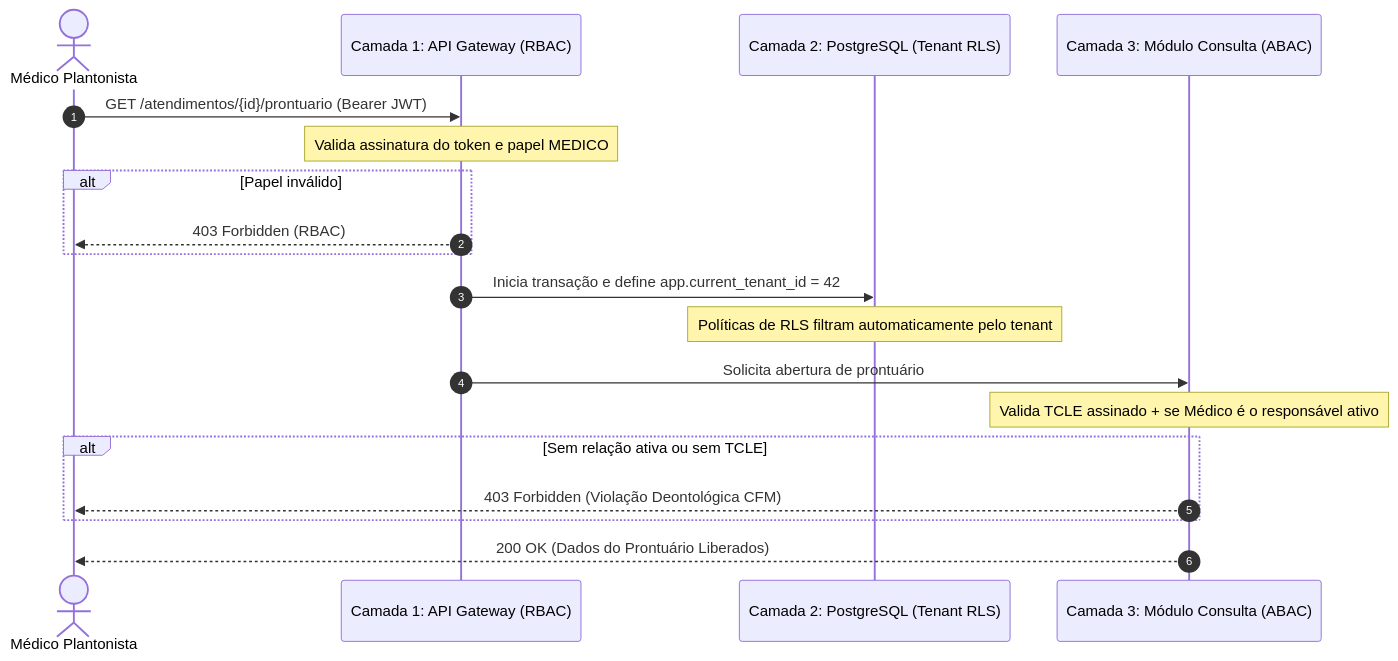
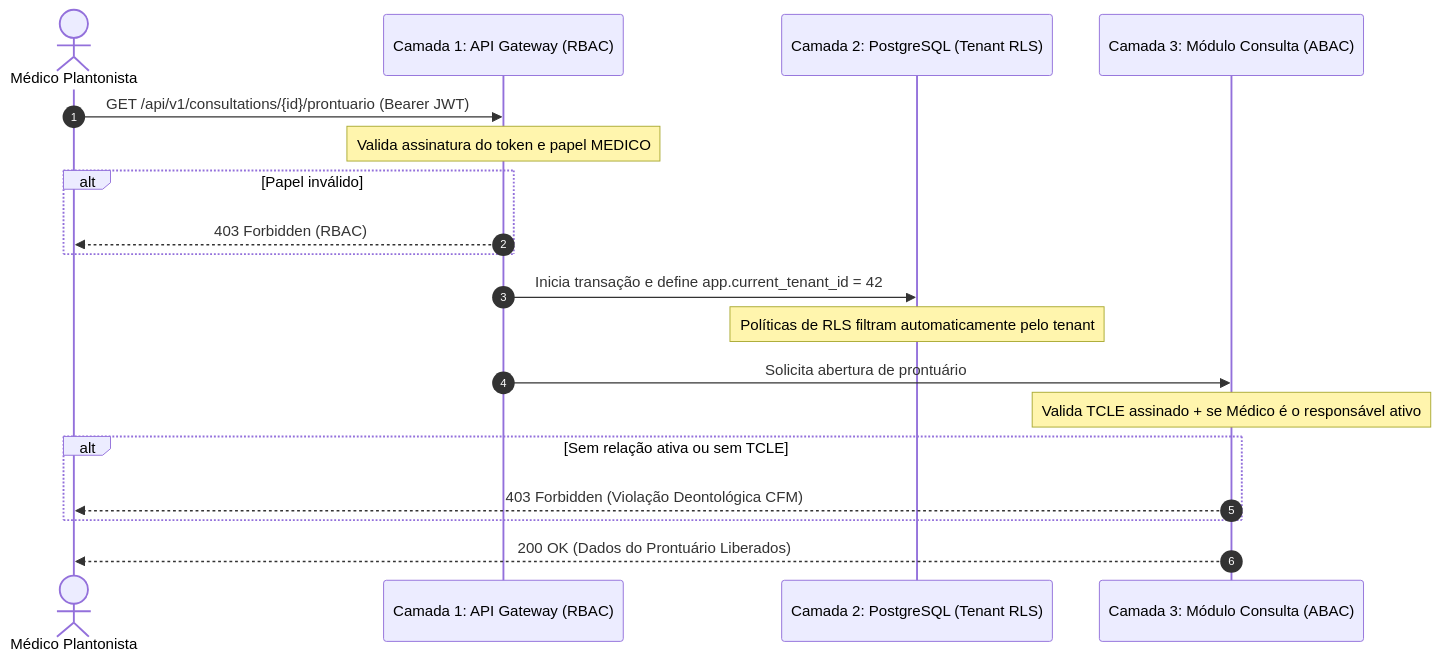
Before and after one commit to Rafaelp122/medisync: the second of 2 diagrams in docs/03-architecture/security-and-authorization.md, drawn with Mermaid. The commit also changed 115 other files, not shown here.

````diff
--- a/docs/03-architecture/security-and-authorization.md
+++ b/docs/03-architecture/security-and-authorization.md
@@ -70,25 +70,25 @@
 ```mermaid
 sequenceDiagram
     autonumber
     actor Med as Médico Plantonista
     participant API as Camada 1: API Gateway (RBAC)
     participant DB as Camada 2: PostgreSQL (Tenant RLS)
     participant Mod as Camada 3: Módulo Consulta (ABAC)
 
-    Med->>API: GET /atendimentos/{id}/prontuario (Bearer JWT)
+    Med->>API: GET /api/v1/consultations/{id}/prontuario (Bearer JWT)
     Note over API: Valida assinatura do token e papel MEDICO
     alt Papel inválido
         API-->>Med: 403 Forbidden (RBAC)
     end
 
     API->>DB: Inicia transação e define app.current_tenant_id = 42
     Note over DB: Políticas de RLS filtram automaticamente pelo tenant
 
     API->>Mod: Solicita abertura de prontuário
     Note over Mod: Valida TCLE assinado + se Médico é o responsável ativo
     alt Sem relação ativa ou sem TCLE
         Mod-->>Med: 403 Forbidden (Violação Deontológica CFM)
     end
 
     Mod-->>Med: 200 OK (Dados do Prontuário Liberados)
 ```
````
